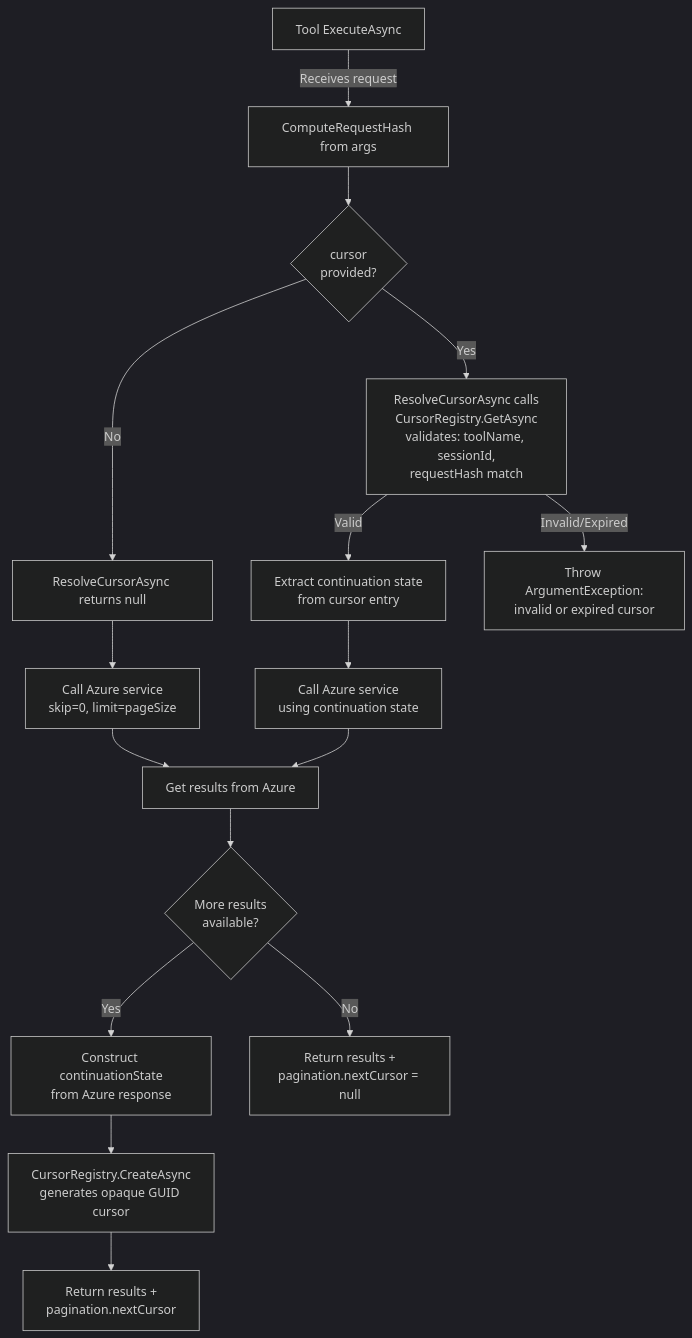
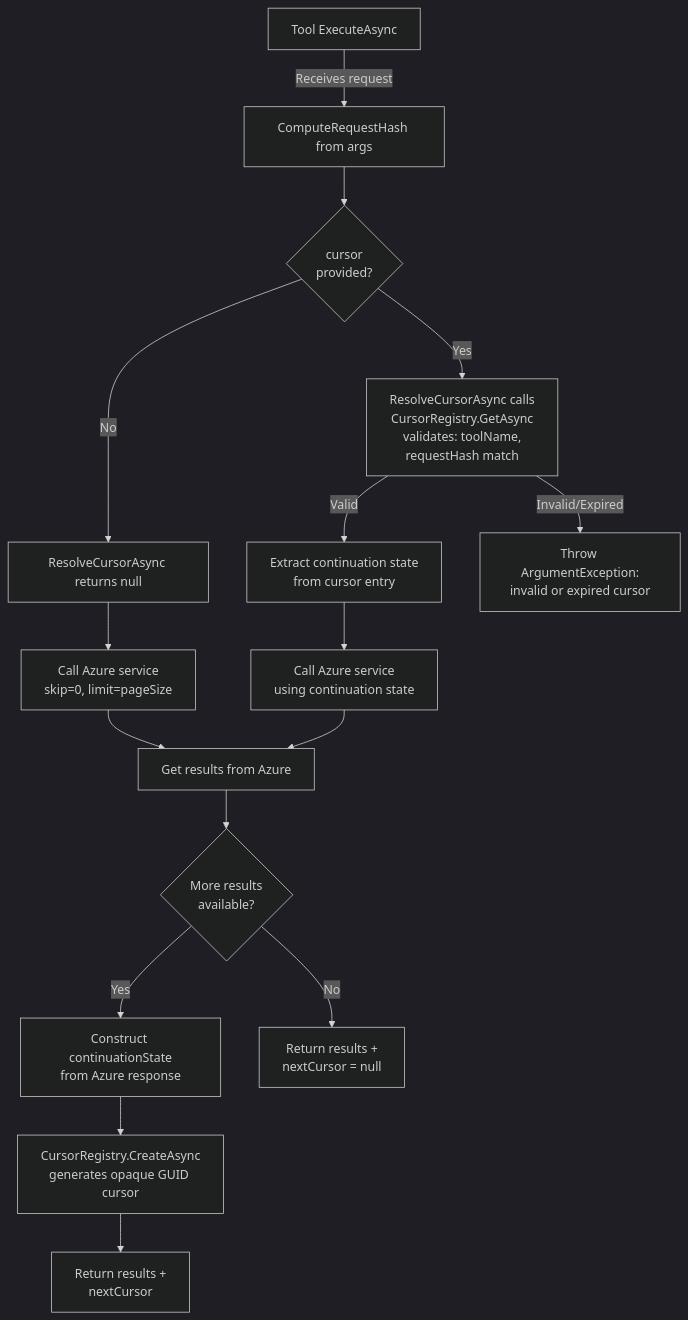
The second of 3 diagrams in docs/design/pagination.md (srnagar/mcp), drawn with Mermaid (dark theme) before and after one commit. The commit also changed other lines of this file and 12 other files, not shown here.

````diff
--- a/docs/design/pagination.md
+++ b/docs/design/pagination.md
@@ -94,23 +90,23 @@
 ```mermaid
 flowchart TD
     A[Tool ExecuteAsync] -->|Receives request| B[ComputeRequestHash from args]
     B --> C{cursor<br/>provided?}
     C -->|No| D[ResolveCursorAsync returns null]
     D --> E[Call Azure service<br/>skip=0, limit=pageSize]
 
-    C -->|Yes| F[ResolveCursorAsync calls<br/>CursorRegistry.GetAsync<br/>validates: toolName, sessionId,<br/>requestHash match]
+    C -->|Yes| F[ResolveCursorAsync calls<br/>CursorRegistry.GetAsync<br/>validates: toolName,<br/>requestHash match]
     F -->|Valid| G[Extract continuation state<br/>from cursor entry]
     G --> H[Call Azure service<br/>using continuation state]
 
     F -->|Invalid/Expired| P[Throw ArgumentException:<br/>invalid or expired cursor]
 
     E --> I[Get results from Azure]
     H --> I
 
     I --> J{More results<br/>available?}
     J -->|Yes| K[Construct continuationState<br/>from Azure response]
     K --> L[CursorRegistry.CreateAsync<br/>generates opaque GUID cursor]
-    L --> M[Return results +<br/>pagination.nextCursor]
+    L --> M[Return results +<br/>nextCursor]
 
-    J -->|No| N[Return results +<br/>pagination.nextCursor = null]
+    J -->|No| N[Return results +<br/>nextCursor = null]
 ```
````
